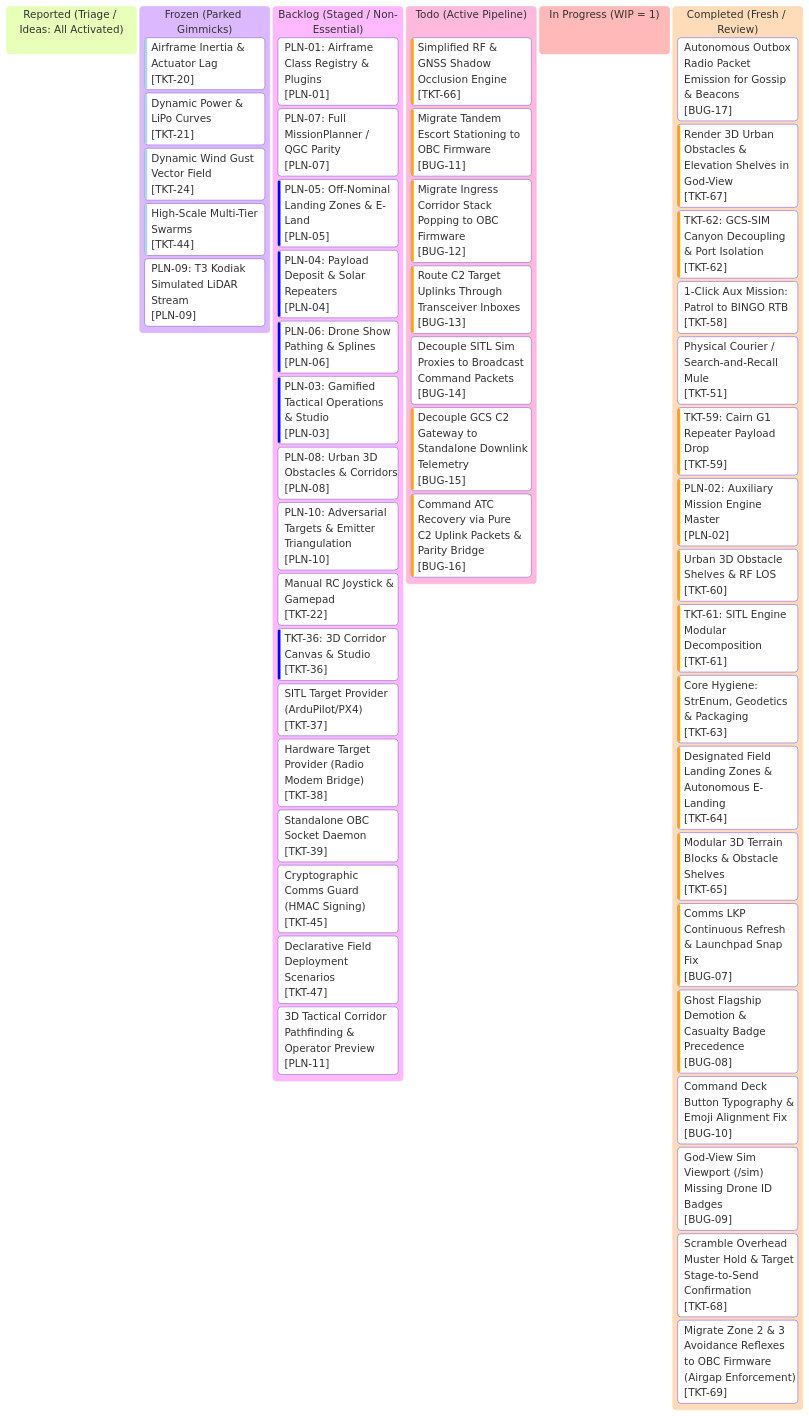
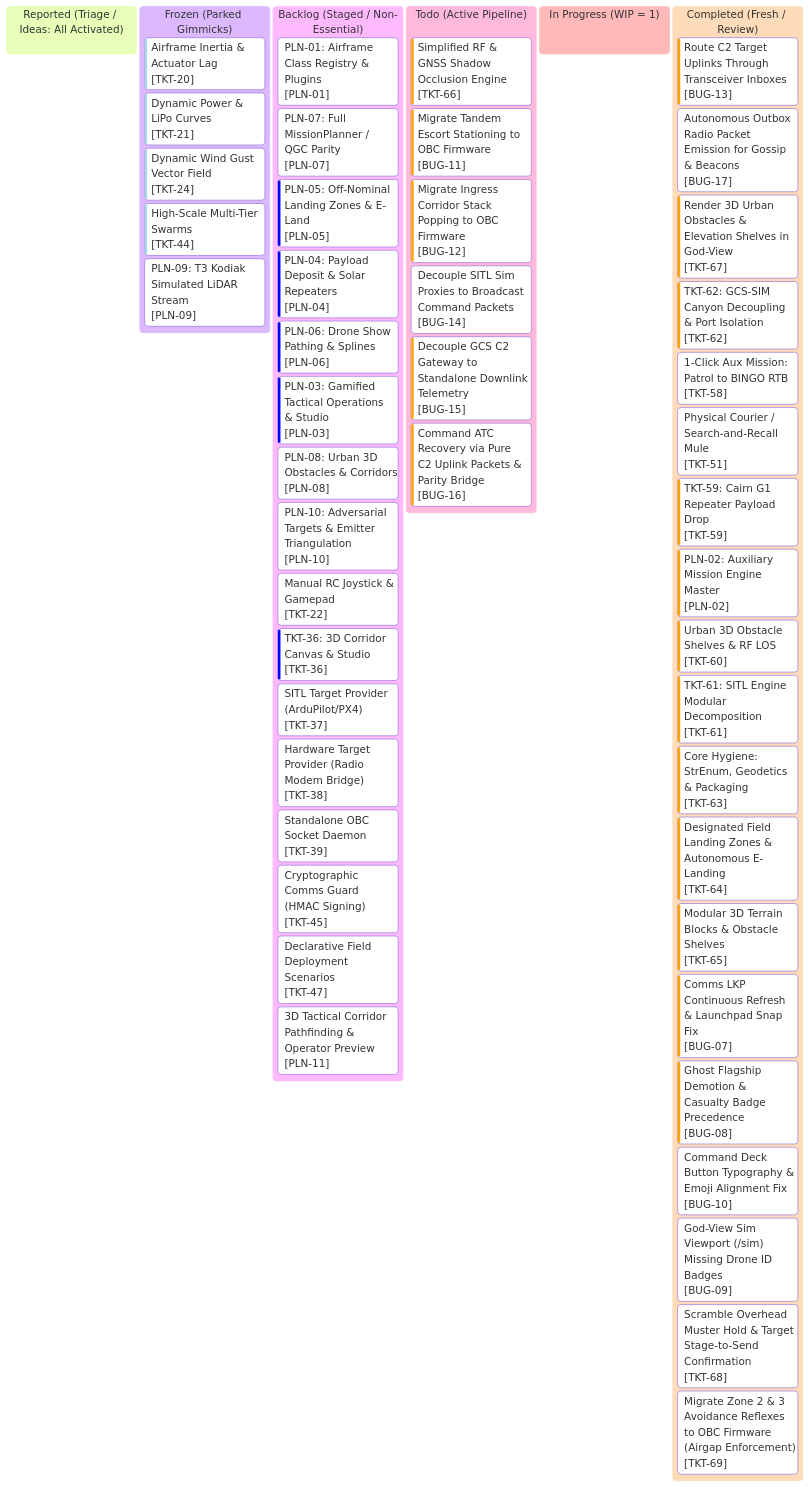
One commit to AlitheiaDeus/AlitheiaHive changed the diagram in roadmap/kanban.md. Above: the diagram before and after it, drawn with Mermaid. The commit also changed other lines of this file and 6 other files, not shown here.

Commit message:
fix(comms): route c2 target uplinks through transceiver inboxes (BUG-13 / Red 4)

````diff
--- a/roadmap/kanban.md
+++ b/roadmap/kanban.md
@@ -10,75 +10,75 @@
 ```mermaid
 %%{init: {
   'theme': 'base',
   'themeVariables': {
     'primaryColor': '#0d2235',
     'primaryTextColor': '#d4f4ff',
     'primaryBorderColor': '#00f0ff',
     'lineColor': '#00f0ff',
     'background': '#061019',
     'mainBkg': '#0a1926',
     'secondaryColor': '#081420',
     'secondaryTextColor': '#5a7e96',
     'secondaryBorderColor': '#134e6f',
     'tertiaryColor': '#0e263d',
     'tertiaryTextColor': '#00ffaa',
     'tertiaryBorderColor': '#00ffaa',
     'clusterBkg': '#081420',
     'clusterBorder': '#134e6f',
     'fontFamily': "'JetBrains Mono', 'Courier New', monospace"
   }
 }}%%
 kanban
   reported["Reported (Triage / Ideas: All Activated)"]
   frozen["Frozen (Parked Gimmicks)"]
     tkt20["Airframe Inertia & Actuator Lag"]@{ ticket: '[TKT-20]', priority: 'Very Low' }
     tkt21["Dynamic Power & LiPo Curves"]@{ ticket: '[TKT-21]', priority: 'Very Low' }
     tkt24["Dynamic Wind Gust Vector Field"]@{ ticket: '[TKT-24]', priority: 'Very Low' }
     tkt44["High-Scale Multi-Tier Swarms"]@{ ticket: '[TKT-44]', priority: 'Very Low' }
     pln09["PLN-09: T3 Kodiak Simulated LiDAR Stream"]@{ ticket: '[PLN-09]', priority: 'Medium' }
   backlog["Backlog (Staged / Non-Essential)"]
     pln01["PLN-01: Airframe Class Registry & Plugins"]@{ ticket: '[PLN-01]', priority: 'Medium' }
     pln07["PLN-07: Full MissionPlanner / QGC Parity"]@{ ticket: '[PLN-07]', priority: 'Medium' }
     pln05["PLN-05: Off-Nominal Landing Zones & E-Land"]@{ ticket: '[PLN-05]', priority: 'Low' }
     pln04["PLN-04: Payload Deposit & Solar Repeaters"]@{ ticket: '[PLN-04]', priority: 'Low' }
     pln06["PLN-06: Drone Show Pathing & Splines"]@{ ticket: '[PLN-06]', priority: 'Low' }
     pln03["PLN-03: Gamified Tactical Operations & Studio"]@{ ticket: '[PLN-03]', priority: 'Low' }
     pln08["PLN-08: Urban 3D Obstacles & Corridors"]@{ ticket: '[PLN-08]', priority: 'Medium' }
     pln10["PLN-10: Adversarial Targets & Emitter Triangulation"]@{ ticket: '[PLN-10]', priority: 'Medium' }
     tkt22["Manual RC Joystick & Gamepad"]@{ ticket: '[TKT-22]', priority: 'Medium' }
     tkt36["TKT-36: 3D Corridor Canvas & Studio"]@{ ticket: '[TKT-36]', priority: 'Low' }
     tkt37["SITL Target Provider (ArduPilot/PX4)"]@{ ticket: '[TKT-37]', priority: 'Medium' }
     tkt38["Hardware Target Provider (Radio Modem Bridge)"]@{ ticket: '[TKT-38]', priority: 'Medium' }
     tkt39["Standalone OBC Socket Daemon"]@{ ticket: '[TKT-39]', priority: 'Medium' }
     tkt45["Cryptographic Comms Guard (HMAC Signing)"]@{ ticket: '[TKT-45]', priority: 'Medium' }
     tkt47["Declarative Field Deployment Scenarios"]@{ ticket: '[TKT-47]', priority: 'Medium' }
     pln11["3D Tactical Corridor Pathfinding & Operator Preview"]@{ ticket: '[PLN-11]', priority: 'Medium' }
   todo["Todo (Active Pipeline)"]
     tkt66["Simplified RF & GNSS Shadow Occlusion Engine"]@{ ticket: '[TKT-66]', priority: 'High' }
     bug11["Migrate Tandem Escort Stationing to OBC Firmware"]@{ ticket: '[BUG-11]', priority: 'High' }
     bug12["Migrate Ingress Corridor Stack Popping to OBC Firmware"]@{ ticket: '[BUG-12]', priority: 'High' }
-    bug13["Route C2 Target Uplinks Through Transceiver Inboxes"]@{ ticket: '[BUG-13]', priority: 'High' }
     bug14["Decouple SITL Sim Proxies to Broadcast Command Packets"]@{ ticket: '[BUG-14]', priority: 'Normal' }
     bug15["Decouple GCS C2 Gateway to Standalone Downlink Telemetry"]@{ ticket: '[BUG-15]', priority: 'High' }
     bug16["Command ATC Recovery via Pure C2 Uplink Packets & Parity Bridge"]@{ ticket: '[BUG-16]', priority: 'High' }
   in_progress["In Progress (WIP = 1)"]
   completed["Completed (Fresh / Review)"]
+    bug13["Route C2 Target Uplinks Through Transceiver Inboxes"]@{ ticket: '[BUG-13]', priority: 'High' }
     bug17["Autonomous Outbox Radio Packet Emission for Gossip & Beacons"]@{ ticket: '[BUG-17]', priority: 'Normal' }
     tkt67["Render 3D Urban Obstacles & Elevation Shelves in God-View"]@{ ticket: '[TKT-67]', priority: 'High' }
     tkt62["TKT-62: GCS-SIM Canyon Decoupling & Port Isolation"]@{ ticket: '[TKT-62]', priority: 'High' }
     tkt58["1-Click Aux Mission: Patrol to BINGO RTB"]@{ ticket: '[TKT-58]', priority: 'Medium' }
     tkt51["Physical Courier / Search-and-Recall Mule"]@{ ticket: '[TKT-51]', priority: 'Medium' }
     tkt59["TKT-59: Cairn G1 Repeater Payload Drop"]@{ ticket: '[TKT-59]', priority: 'High' }
     pln02["PLN-02: Auxiliary Mission Engine Master"]@{ ticket: '[PLN-02]', priority: 'High' }
     tkt60["Urban 3D Obstacle Shelves & RF LOS"]@{ ticket: '[TKT-60]', priority: 'High' }
     tkt61["TKT-61: SITL Engine Modular Decomposition"]@{ ticket: '[TKT-61]', priority: 'High' }
     tkt63["Core Hygiene: StrEnum, Geodetics & Packaging"]@{ ticket: '[TKT-63]', priority: 'High' }
     tkt64["Designated Field Landing Zones & Autonomous E-Landing"]@{ ticket: '[TKT-64]', priority: 'High' }
     tkt65["Modular 3D Terrain Blocks & Obstacle Shelves"]@{ ticket: '[TKT-65]', priority: 'High' }
     bug07["Comms LKP Continuous Refresh & Launchpad Snap Fix"]@{ ticket: '[BUG-07]', priority: 'High' }
     bug08["Ghost Flagship Demotion & Casualty Badge Precedence"]@{ ticket: '[BUG-08]', priority: 'High' }
     bug10["Command Deck Button Typography & Emoji Alignment Fix"]@{ ticket: '[BUG-10]', priority: 'Normal' }
     bug09["God-View Sim Viewport (/sim) Missing Drone ID Badges"]@{ ticket: '[BUG-09]', priority: 'Normal' }
     tkt68["Scramble Overhead Muster Hold & Target Stage-to-Send Confirmation"]@{ ticket: '[TKT-68]', priority: 'Normal' }
     tkt69["Migrate Zone 2 & 3 Avoidance Reflexes to OBC Firmware (Airgap Enforcement)"]@{ ticket: '[TKT-69]', priority: 'Normal' }
 ```
````
